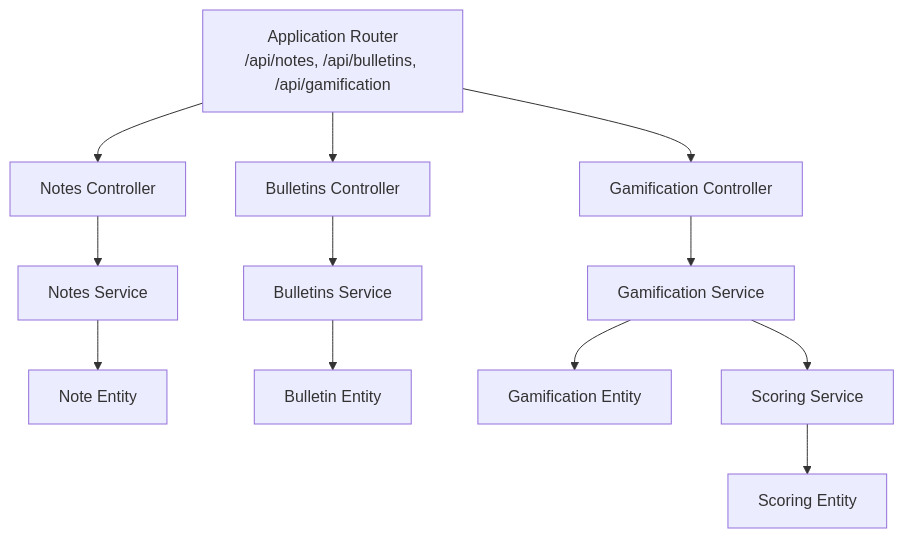
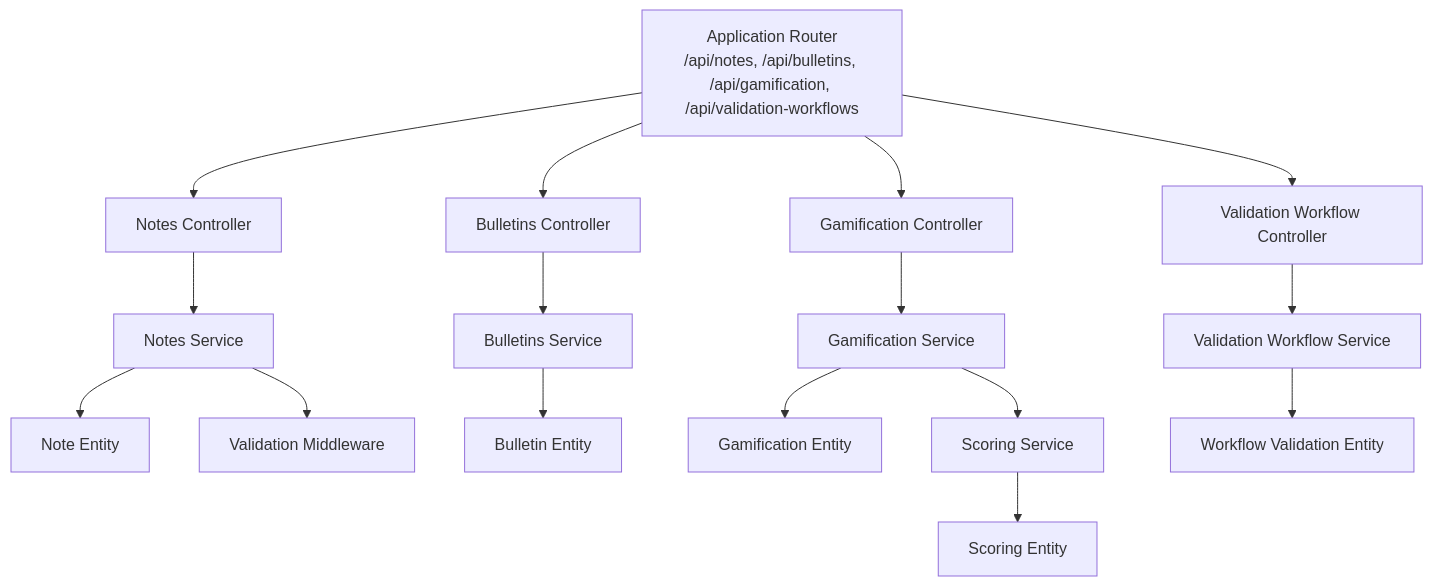
One commit to franckylab/eLISAschool changed the first of 7 diagrams in .qoder/repowiki/en/content/Backend API Documentation/Grading System API.md. Above: the diagram before and after it, drawn with Mermaid. The commit also changed other lines of this file and 358 other files, not shown here.

First line of the commit message:
feat(validation): intégrer le système de workflow de validation

````diff
--- a/.qoder/repowiki/en/content/Backend API Documentation/Grading System API.md
+++ b/.qoder/repowiki/en/content/Backend API Documentation/Grading System API.md
@@ -45,14 +60,18 @@
 ```mermaid
 graph TB
-App["Application Router<br/>/api/notes, /api/bulletins, /api/gamification"] --> NotesCtrl["Notes Controller"]
+App["Application Router<br/>/api/notes, /api/bulletins, /api/gamification, /api/validation-workflows"] --> NotesCtrl["Notes Controller"]
 App --> BulletinsCtrl["Bulletins Controller"]
 App --> GamificationCtrl["Gamification Controller"]
+App --> ValidationWorkflowCtrl["Validation Workflow Controller"]
 NotesCtrl --> NotesService["Notes Service"]
 BulletinsCtrl --> BulletinsService["Bulletins Service"]
 GamificationCtrl --> GamificationService["Gamification Service"]
+ValidationWorkflowCtrl --> ValidationWorkflowService["Validation Workflow Service"]
 NotesService --> NotesEntity["Note Entity"]
+NotesService --> ValidationMiddleware["Validation Middleware"]
 BulletinsService --> BulletinEntity["Bulletin Entity"]
 GamificationService --> GamificationEntity["Gamification Entity"]
 GamificationService --> ScoringService["Scoring Service"]
+ValidationWorkflowService --> WorkflowEntity["Workflow Validation Entity"]
 ScoringService --> ScoringEntity["Scoring Entity"]
 ```
````
